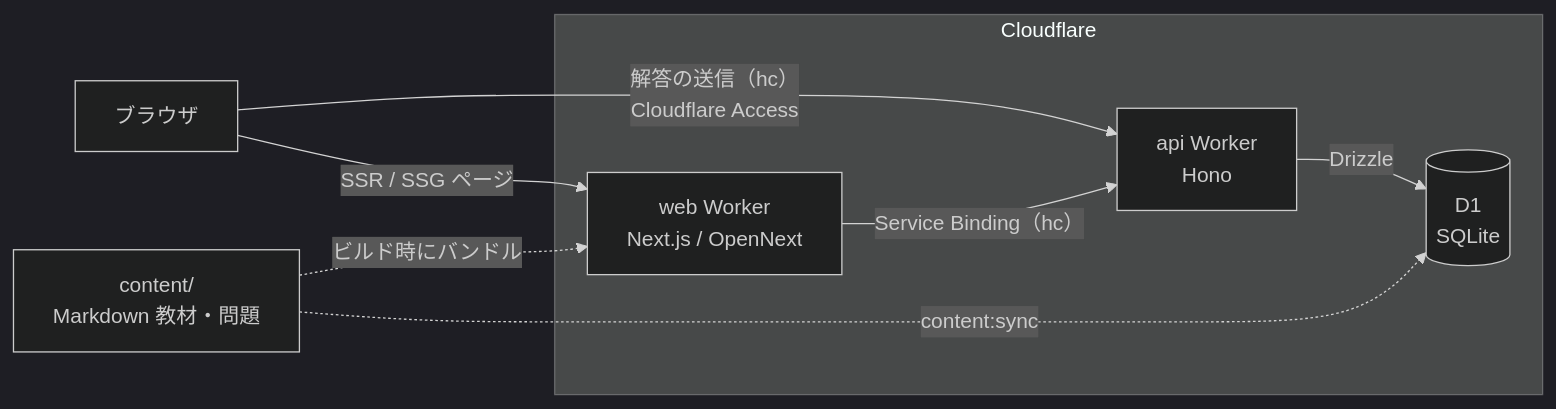
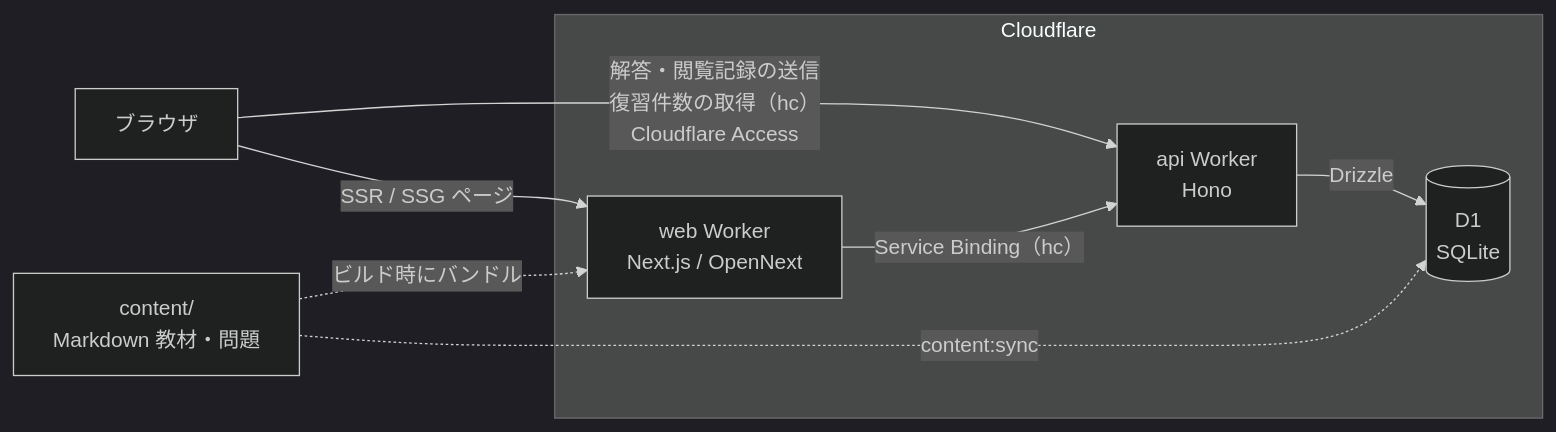
One commit to sakatai11/tech-study-lab changed the first of 2 diagrams in README.md. Above: the diagram before and after it, drawn with Mermaid (dark theme). The commit also changed other lines of this file, not shown here.

Commit message:
docs: clarify browser-to-API calls in README diagram

````diff
--- a/README.md
+++ b/README.md
@@ -56,17 +56,17 @@
 ```mermaid
 flowchart LR
   Browser["ブラウザ"]
   subgraph CF["Cloudflare"]
     Web["web Worker<br/>Next.js / OpenNext"]
     Api["api Worker<br/>Hono"]
     D1[("D1<br/>SQLite")]
   end
   Content["content/<br/>Markdown 教材・問題"]
 
   Browser -- "SSR / SSG ページ" --> Web
-  Browser -- "解答の送信（hc）<br/>Cloudflare Access" --> Api
+  Browser -- "解答・閲覧記録の送信<br/>復習件数の取得（hc）<br/>Cloudflare Access" --> Api
   Web -- "Service Binding（hc）" --> Api
   Api -- Drizzle --> D1
   Content -. "ビルド時にバンドル" .-> Web
   Content -. "content:sync" .-> D1
 ```
````
